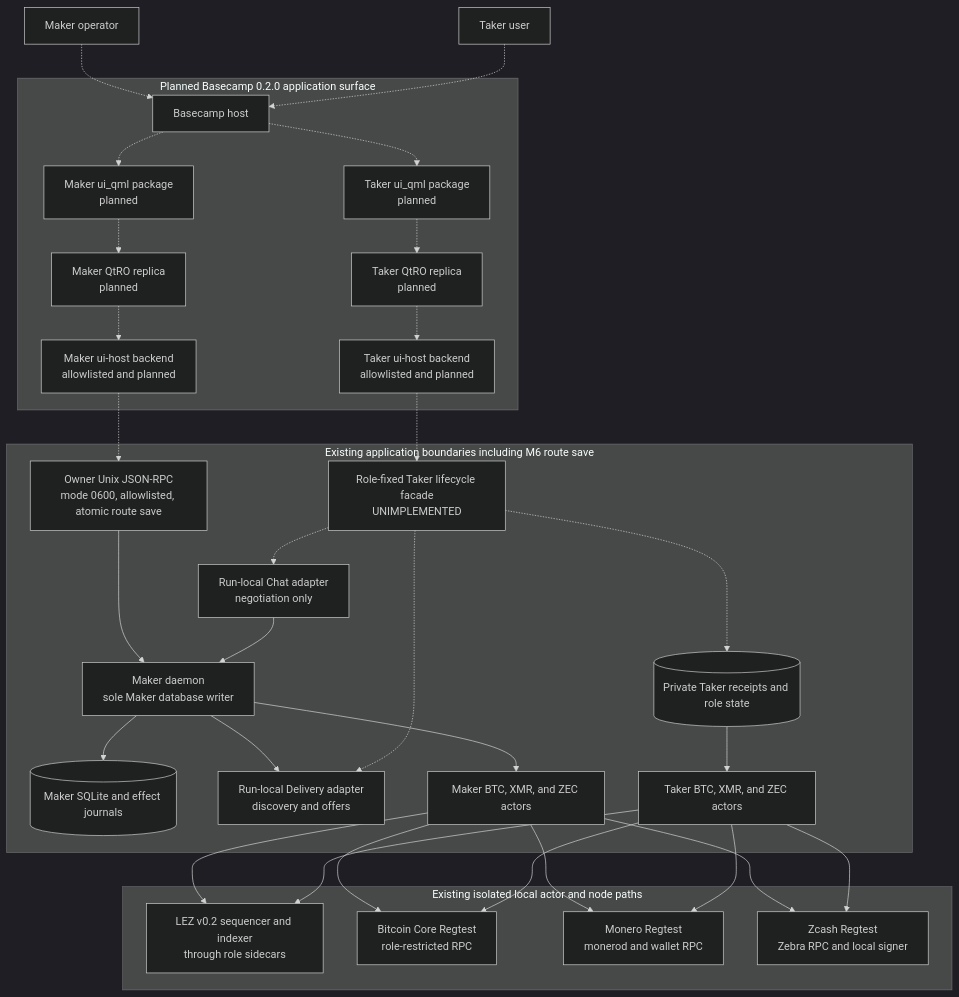
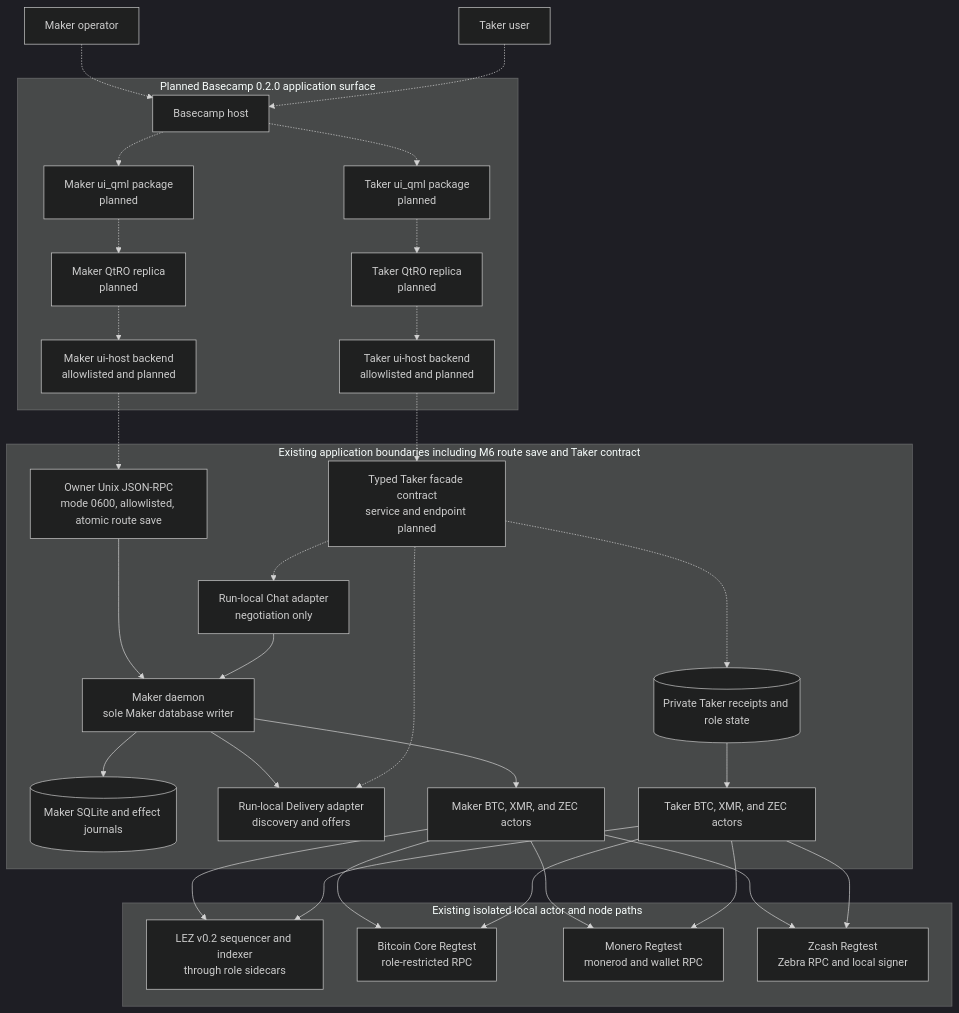
The second of 34 diagrams in docs/architecture/system-architecture.md (gateway-fm/lez-atomic-swaps), drawn with Mermaid (dark theme) before and after one commit. The commit also changed other lines of this file and 8 other files, not shown here.

````diff
--- a/docs/architecture/system-architecture.md
+++ b/docs/architecture/system-architecture.md
@@ -58,64 +60,64 @@
 ```mermaid
 flowchart TB
     MakerOperator["Maker operator"]
     TakerUser["Taker user"]
 
     subgraph BasecampTarget["Planned Basecamp 0.2.0 application surface"]
         Basecamp["Basecamp host"]
         MakerQml["Maker ui_qml package<br/>planned"]
         TakerQml["Taker ui_qml package<br/>planned"]
         MakerQtro["Maker QtRO replica<br/>planned"]
         TakerQtro["Taker QtRO replica<br/>planned"]
         MakerHost["Maker ui-host backend<br/>allowlisted and planned"]
         TakerHost["Taker ui-host backend<br/>allowlisted and planned"]
     end
 
-    subgraph ExistingApplication["Existing application boundaries including M6 route save"]
+    subgraph ExistingApplication["Existing application boundaries including M6 route save and Taker contract"]
         MakerRpc["Owner Unix JSON-RPC<br/>mode 0600, allowlisted, atomic route save"]
         MakerDaemon["Maker daemon<br/>sole Maker database writer"]
         MakerDb[("Maker SQLite and effect journals")]
         Delivery["Run-local Delivery adapter<br/>discovery and offers"]
         Chat["Run-local Chat adapter<br/>negotiation only"]
-        TakerFacade["Role-fixed Taker lifecycle facade<br/>UNIMPLEMENTED"]
+        TakerFacade["Typed Taker facade contract<br/>service and endpoint planned"]
         TakerState[("Private Taker receipts and role state")]
         MakerActors["Maker BTC, XMR, and ZEC actors"]
         TakerActors["Taker BTC, XMR, and ZEC actors"]
     end
 
     subgraph LocalChains["Existing isolated local actor and node paths"]
         Lez["LEZ v0.2 sequencer and indexer<br/>through role sidecars"]
         Bitcoin["Bitcoin Core Regtest<br/>role-restricted RPC"]
         Monero["Monero Regtest<br/>monerod and wallet RPC"]
         Zcash["Zcash Regtest<br/>Zebra RPC and local signer"]
     end
 
     MakerOperator -.-> Basecamp
     TakerUser -.-> Basecamp
     Basecamp -.-> MakerQml
     Basecamp -.-> TakerQml
     MakerQml -.-> MakerQtro
     TakerQml -.-> TakerQtro
     MakerQtro -.-> MakerHost
     TakerQtro -.-> TakerHost
     MakerHost -.-> MakerRpc
     TakerHost -.-> TakerFacade
 
     MakerRpc --> MakerDaemon
     MakerDaemon --> MakerDb
     MakerDaemon --> Delivery
     Chat --> MakerDaemon
     MakerDaemon --> MakerActors
     TakerFacade -.-> Delivery
     TakerFacade -.-> Chat
     TakerFacade -.-> TakerState
     TakerState --> TakerActors
 
     MakerActors --> Lez
     MakerActors --> Bitcoin
     MakerActors --> Monero
     MakerActors --> Zcash
     TakerActors --> Lez
     TakerActors --> Bitcoin
     TakerActors --> Monero
     TakerActors --> Zcash
 ```
````
